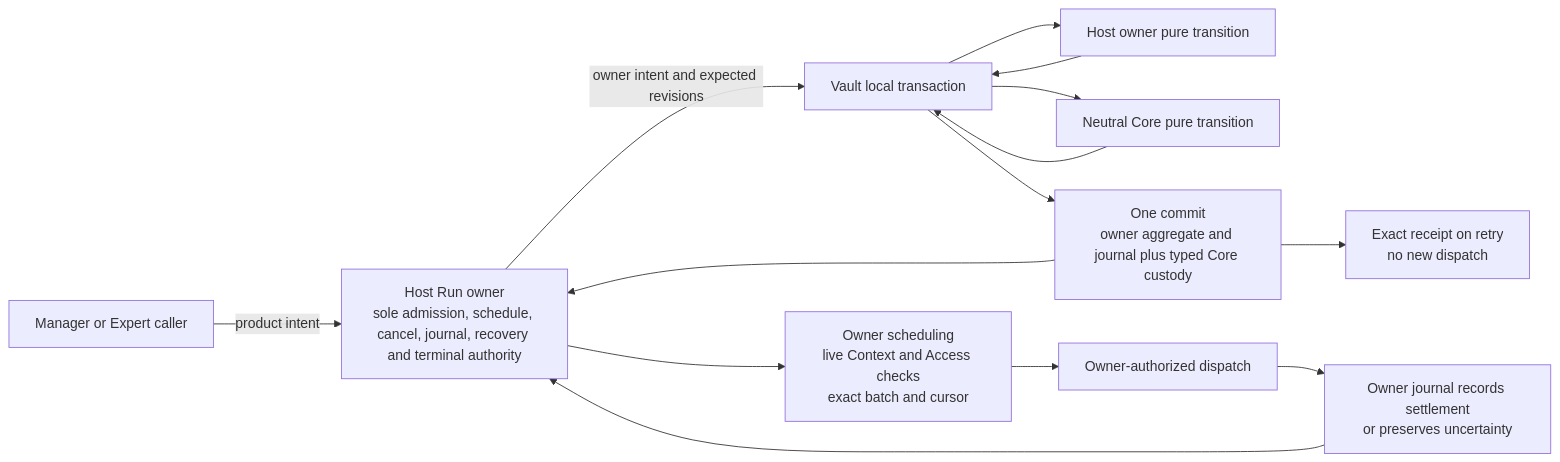
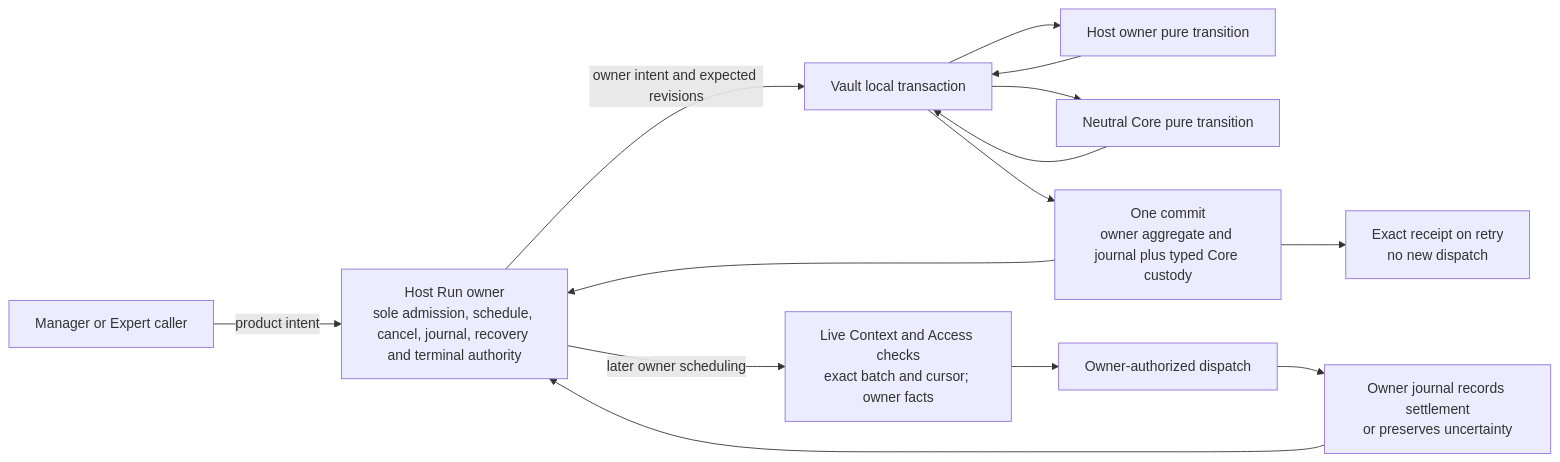
The first of 2 diagrams in docs/plans/2026-10-02-architecture-refactor.md (syi0808/floe), drawn with Mermaid before and after one commit. The commit also changed other lines of this file, not shown here.

```diff
--- a/docs/plans/2026-10-02-architecture-refactor.md
+++ b/docs/plans/2026-10-02-architecture-refactor.md
@@ -82,16 +82,16 @@
 ~~~mermaid
 flowchart LR
   Caller["Manager or Expert caller"] -->|"product intent"| Owner["Host Run owner<br/>sole admission, schedule, cancel, journal, recovery and terminal authority"]
   Owner -->|"owner intent and expected revisions"| Tx["Vault local transaction"]
   Tx --> OwnerStep["Host owner pure transition"]
   Tx --> CoreStep["Neutral Core pure transition"]
   OwnerStep --> Tx
   CoreStep --> Tx
   Tx --> Commit["One commit<br/>owner aggregate and journal plus typed Core custody"]
   Commit --> Owner
   Commit --> Replay["Exact receipt on retry<br/>no new dispatch"]
-  Owner --> Gate["Owner scheduling<br/>live Context and Access checks<br/>exact batch and cursor"]
+  Owner -->|"later owner scheduling"| Gate["Live Context and Access checks<br/>exact batch and cursor; owner facts"]
   Gate --> Dispatch["Owner-authorized dispatch"]
   Dispatch --> Journal["Owner journal records settlement<br/>or preserves uncertainty"]
   Journal --> Owner
 ~~~
```
